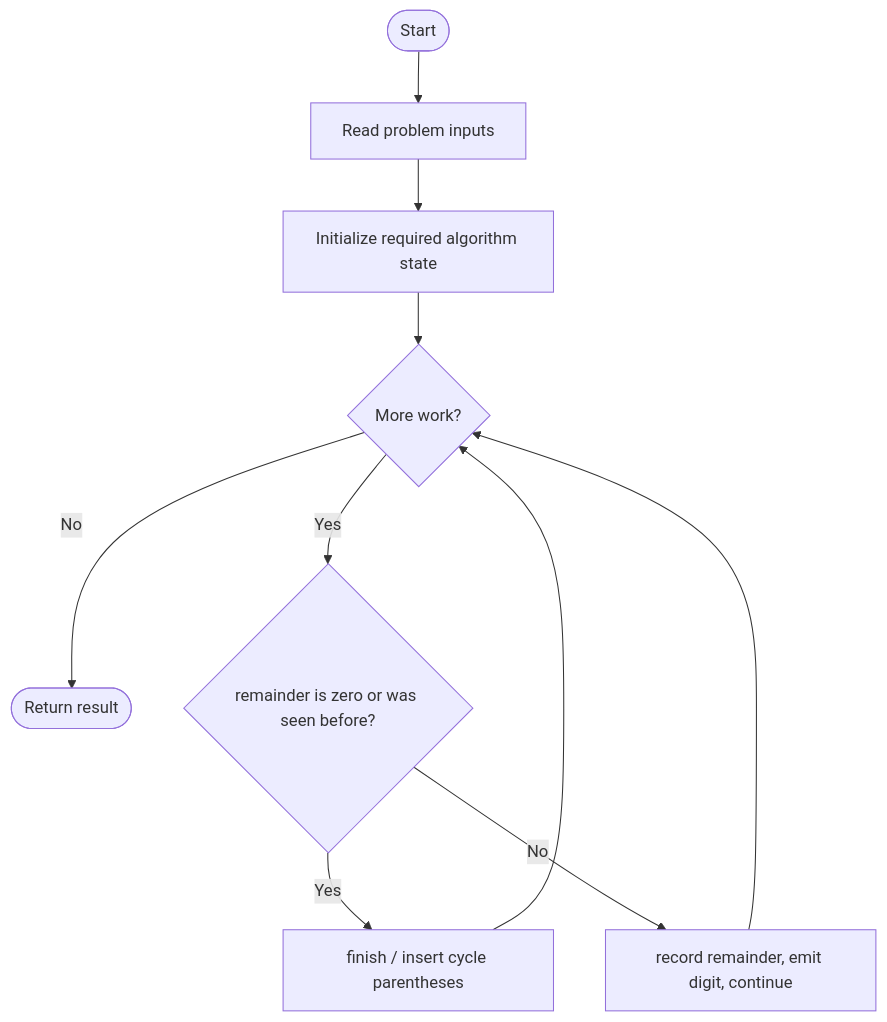
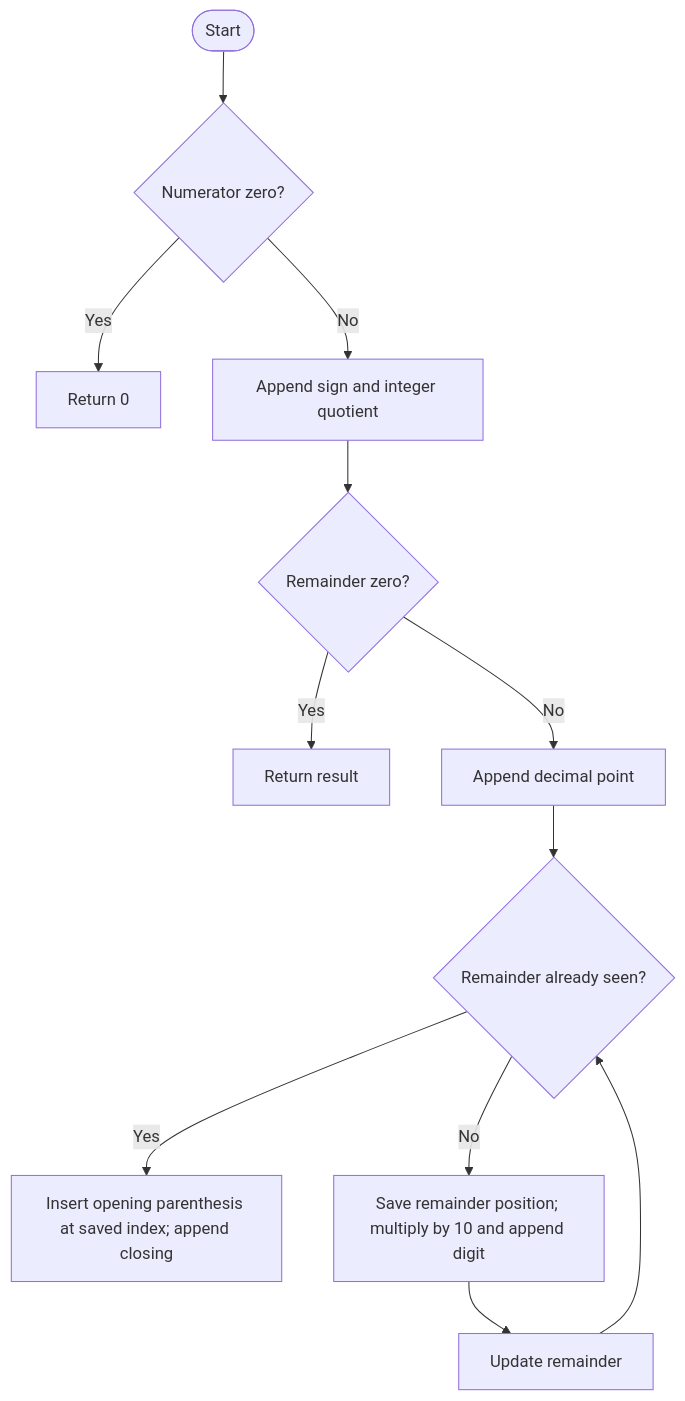
The diagram in LeetCode/166/README.md (SAIDEEPBHANGE/C-CPP-Codes), drawn with Mermaid before and after one commit. The commit also changed other lines of this file and 196 other files, not shown here.

````diff
--- a/LeetCode/166/README.md
+++ b/LeetCode/166/README.md
@@ -13,12 +30,14 @@
 ```mermaid
 flowchart TD
-    A([Start]) --> B[Read problem inputs]
-    B --> C[Initialize required algorithm state]
-    C --> D{More work?}
-    D -- No --> Z([Return result])
-    D -- Yes --> E{remainder is zero or was seen before?}
-    E -- Yes --> F[finish / insert cycle parentheses]
-    E -- No --> G[record remainder, emit digit, continue]
-    F --> D
-    G --> D
+ A([Start]) --> B{Numerator zero?}
+ B -- Yes --> C[Return 0]
+ B -- No --> D[Append sign and integer quotient]
+ D --> E{Remainder zero?}
+ E -- Yes --> F[Return result]
+ E -- No --> G[Append decimal point]
+ G --> H{Remainder already seen?}
+ H -- Yes --> I[Insert opening parenthesis at saved index; append closing]
+ H -- No --> J[Save remainder position; multiply by 10 and append digit]
+ J --> K[Update remainder]
+ K --> H
 ```
````
